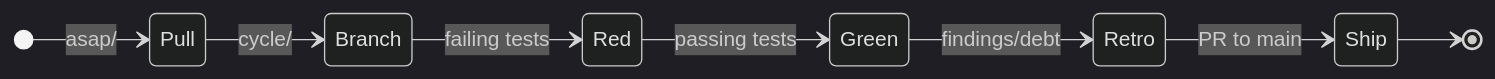
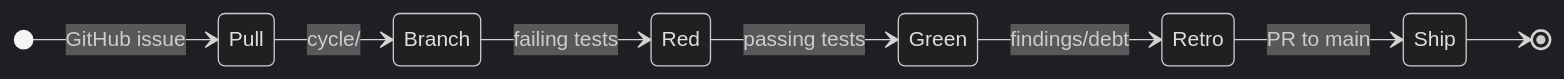
The diagram in docs/METHOD.md (flyingrobots/bijou), drawn with Mermaid (dark theme) before and after one commit. The commit also changed other lines of this file and 39 other files, not shown here.

````diff
--- a/docs/METHOD.md
+++ b/docs/METHOD.md
@@ -48,11 +73,11 @@
 ```mermaid
 stateDiagram-v2
     direction LR
-    [*] --> Pull: asap/
+    [*] --> Pull: GitHub issue
     Pull --> Branch: cycle/
     Branch --> Red: failing tests
     Red --> Green: passing tests
     Green --> Retro: findings/debt
     Retro --> Ship: PR to main
     Ship --> [*]
 ```
````
